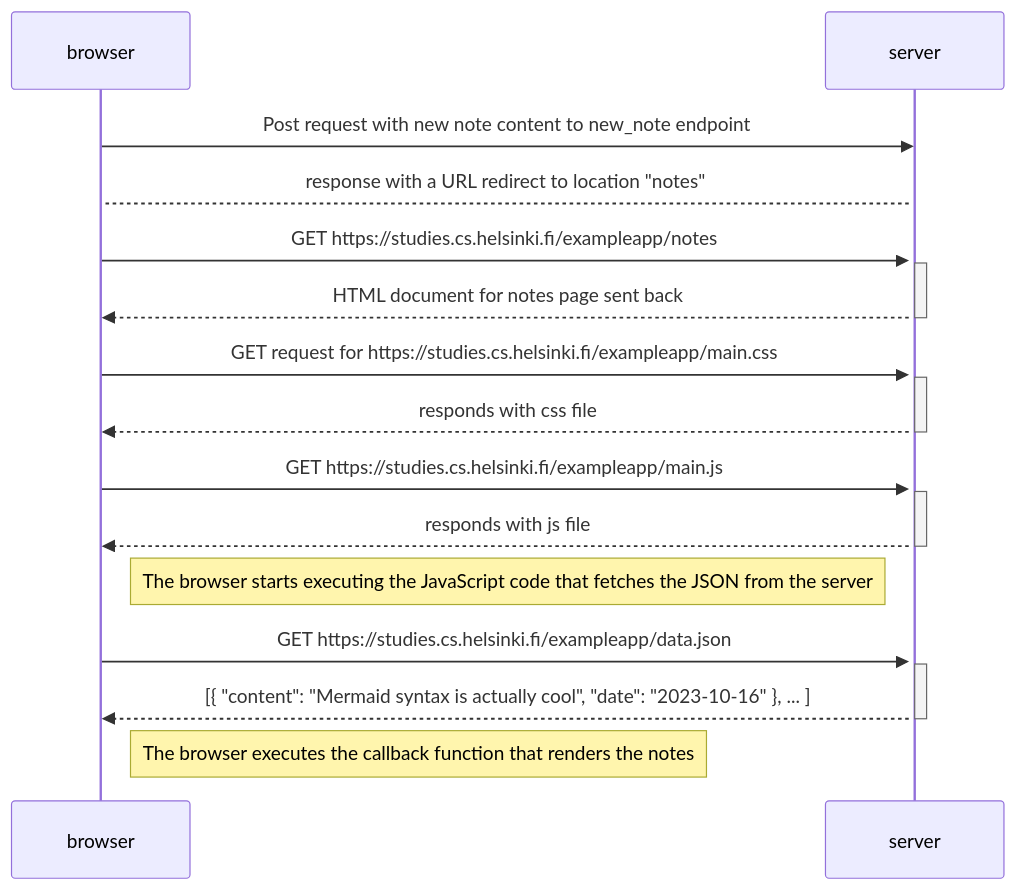
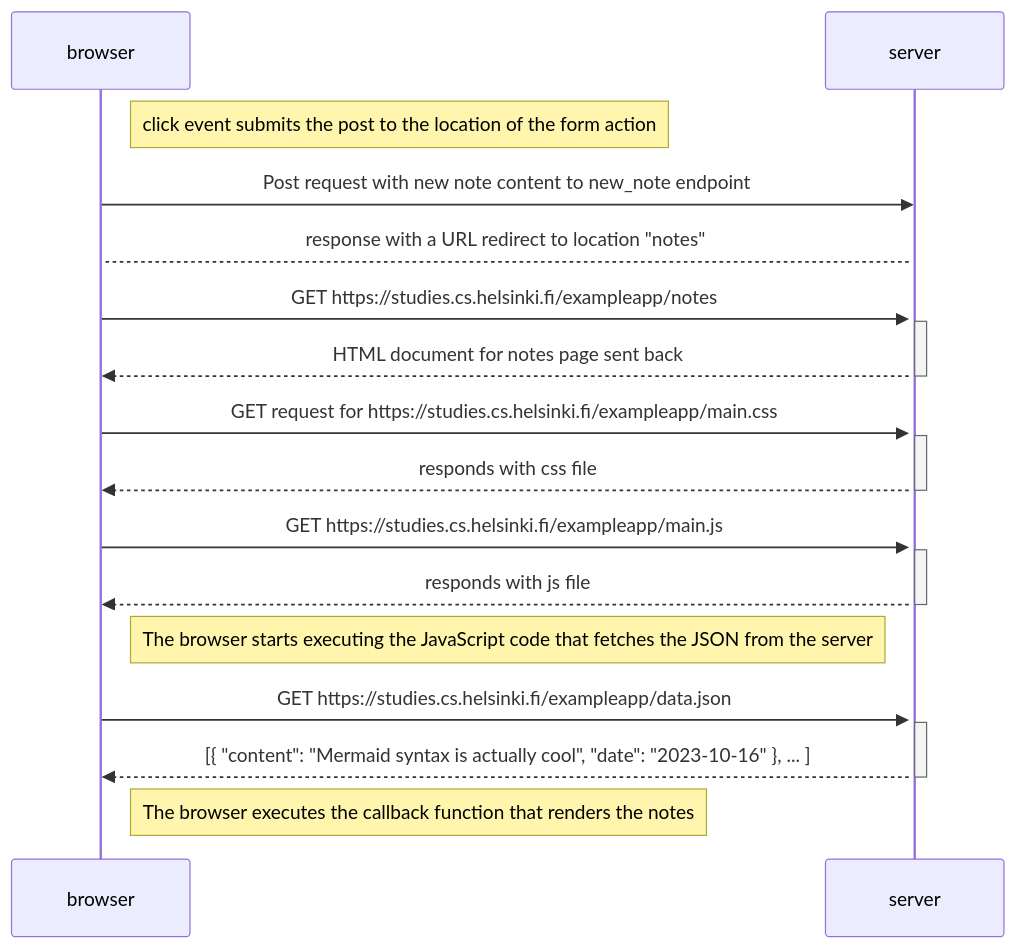
The diagram in part0/NewNoteDiagram.md (temideewan/fullstack_open), drawn with Mermaid before and after one commit.

````diff
--- a/part0/NewNoteDiagram.md
+++ b/part0/NewNoteDiagram.md
@@ -3,32 +3,34 @@
 ```mermaid
 sequenceDiagram
   participant browser
   participant server
+
+  Note right of browser: click event submits the post to the location of the form action
 
   browser->>server: Post request with new note content to new_note endpoint
   activate server
   server-->browser: response with a URL redirect to location "notes"
   browser->>server: GET https://studies.cs.helsinki.fi/exampleapp/notes
   activate server
   server-->>browser: HTML document for notes page sent back
   deactivate server
 
   browser->>server: GET request for https://studies.cs.helsinki.fi/exampleapp/main.css
   activate server
   server-->>browser: responds with css file
   deactivate server
 
   browser->>server: GET https://studies.cs.helsinki.fi/exampleapp/main.js
   activate server
   server-->>browser: responds with js file
   deactivate server
 
   Note right of browser: The browser starts executing the JavaScript code that fetches the JSON from the server
 
   browser->>server: GET https://studies.cs.helsinki.fi/exampleapp/data.json
   activate server
   server-->>browser: [{ "content": "Mermaid syntax is actually cool", "date": "2023-10-16" }, ... ]
   deactivate server
 
   Note right of browser: The browser executes the callback function that renders the notes
 ```
````
